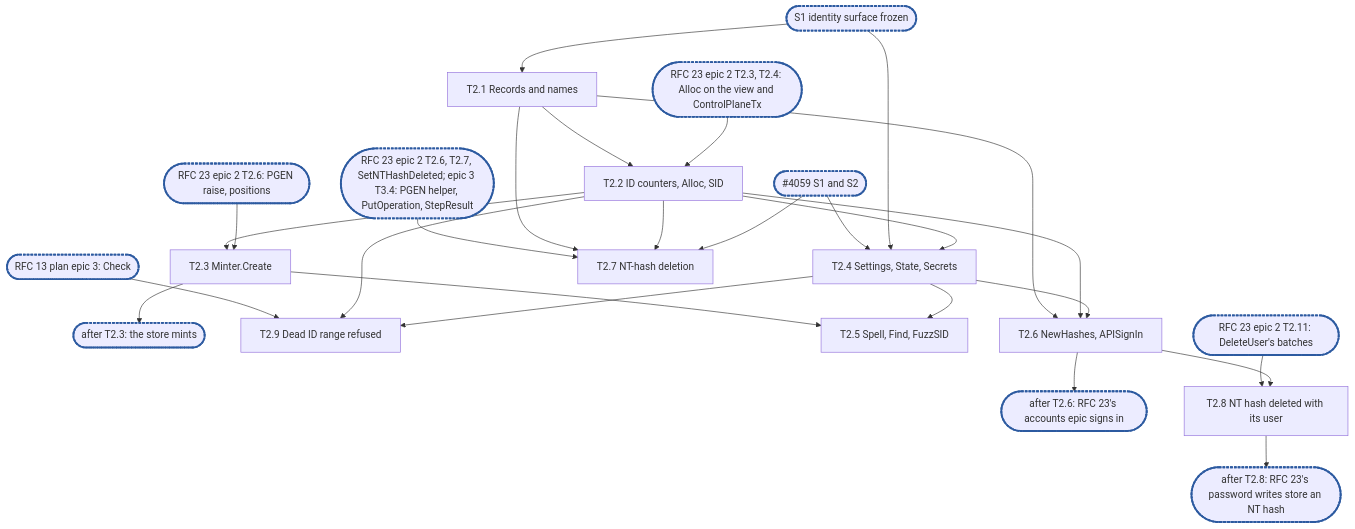
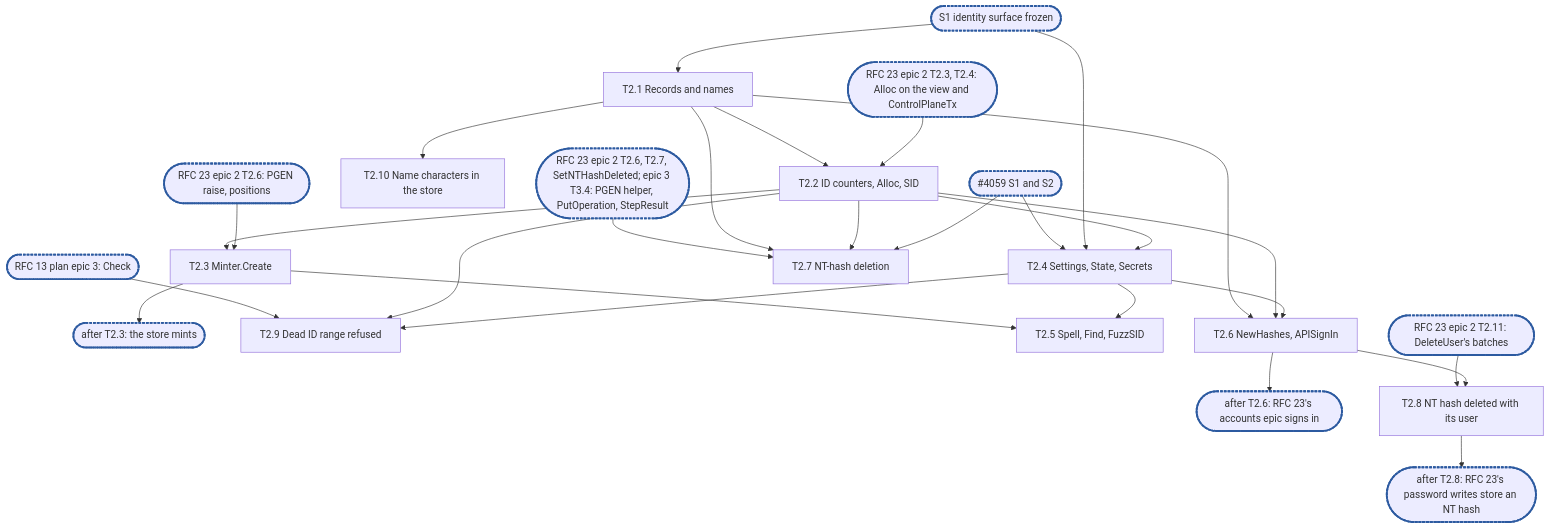
Before and after one commit to cubbit/dittofs: the diagram in docs/internals/planning/rfc-18-identity-epic2.md, drawn with Mermaid. The commit also changed other lines of this file and 14 other files, not shown here.

````diff
--- a/docs/internals/planning/rfc-18-identity-epic2.md
+++ b/docs/internals/planning/rfc-18-identity-epic2.md
@@ -745,23 +767,24 @@
 ```mermaid
 flowchart TD
   S1(["S1 identity surface frozen"]):::sync --> T2_1["T2.1 Records and names"]
   T2_1 --> T2_2["T2.2 ID counters, Alloc, SID"]
+  T2_1 --> T2_10["T2.10 Name characters in the store"]
   T2_2 --> T2_3["T2.3 Minter.Create"]
   T2_3 --> C1(["after T2.3: the store mints"]):::sync
   X59(["#4059 S1 and S2"]):::sync --> T2_4["T2.4 Settings, State, Secrets"]
   S1 --> T2_4
   T2_2 --> T2_4
   X13(["RFC 13 plan epic 3: Check"]):::sync --> T2_9["T2.9 Dead ID range refused"]
   T2_2 & T2_4 --> T2_9
   T2_3 & T2_4 --> T2_5["T2.5 Spell, Find, FuzzSID"]
   T2_1 & T2_2 & T2_4 --> T2_6["T2.6 NewHashes, APISignIn"]
   T2_6 --> C2(["after T2.6: RFC 23's accounts epic signs in"]):::sync
   X23a(["RFC 23 epic 2 T2.3, T2.4: Alloc on the view and ControlPlaneTx"]):::sync --> T2_2
   X23b(["RFC 23 epic 2 T2.6: PGEN raise, positions"]):::sync --> T2_3
   X23c(["RFC 23 epic 2 T2.11: DeleteUser's batches"]):::sync --> T2_8["T2.8 NT hash deleted with its user"]
   T2_6 --> T2_8
   T2_8 --> C3(["after T2.8: RFC 23's password writes store an NT hash"]):::sync
   X23d(["RFC 23 epic 2 T2.6, T2.7, SetNTHashDeleted; epic 3 T3.4: PGEN helper, PutOperation, StepResult"]):::sync --> T2_7["T2.7 NT-hash deletion"]
   T2_1 & T2_2 & X59 --> T2_7
   classDef sync stroke:#2c5aa0,stroke-width:3px,stroke-dasharray:4 2
 ```
````
